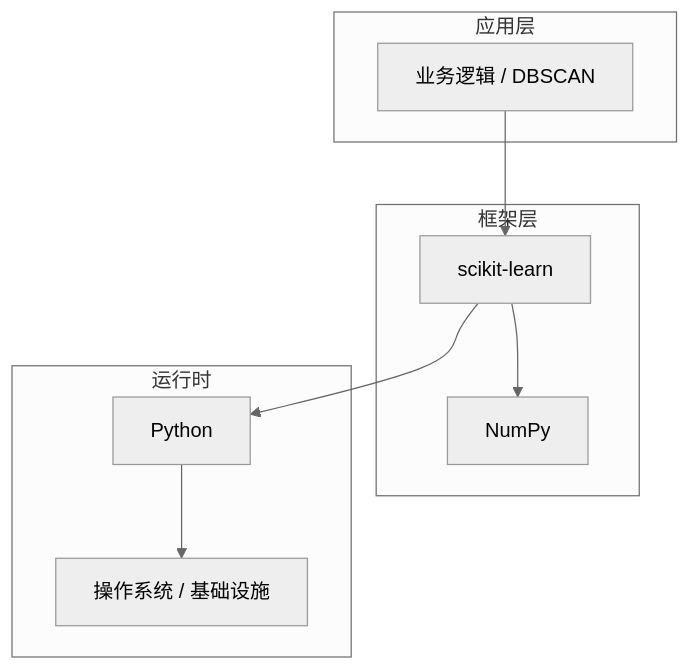
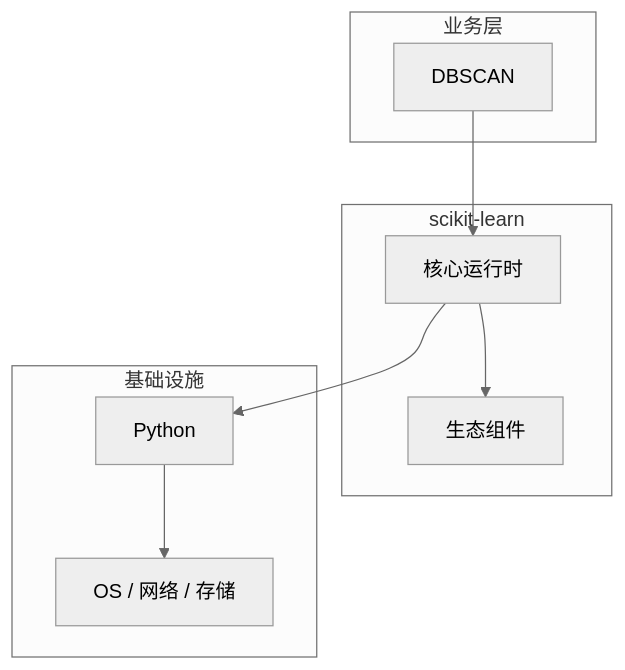
The diagram in articles/机器学习/chapters/078-DBSCAN核心概念与原理.md (yanggan2015/knowledge-json-v2), drawn with Mermaid (neutral theme) before and after one commit. The commit also changed other lines of this file and 10127 other files, not shown here.

````diff
--- a/articles/机器学习/chapters/078-DBSCAN核心概念与原理.md
+++ b/articles/机器学习/chapters/078-DBSCAN核心概念与原理.md
@@ -45,18 +30,18 @@
 ```mermaid
 graph TB
-    subgraph 应用层
-        A[业务逻辑 / DBSCAN]
+    subgraph 业务层
+        A[DBSCAN]
     end
-    subgraph 框架层
-        B[scikit-learn]
-        C[NumPy]
+    subgraph scikit-learn
+        B[核心运行时]
+        C[生态组件]
     end
-    subgraph 运行时
+    subgraph 基础设施
         D[Python]
-        E[操作系统 / 基础设施]
+        E[OS / 网络 / 存储]
     end
     A --> B
     B --> C
     B --> D
     D --> E
 ```
````
